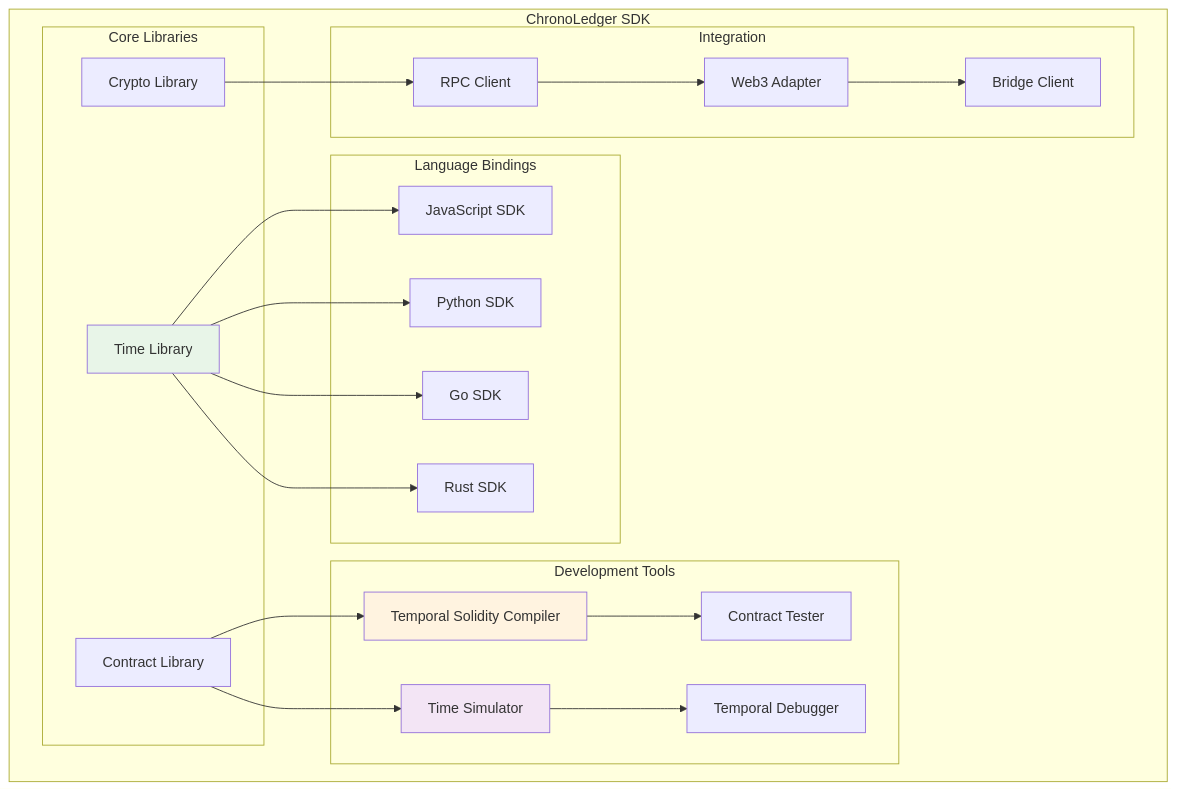
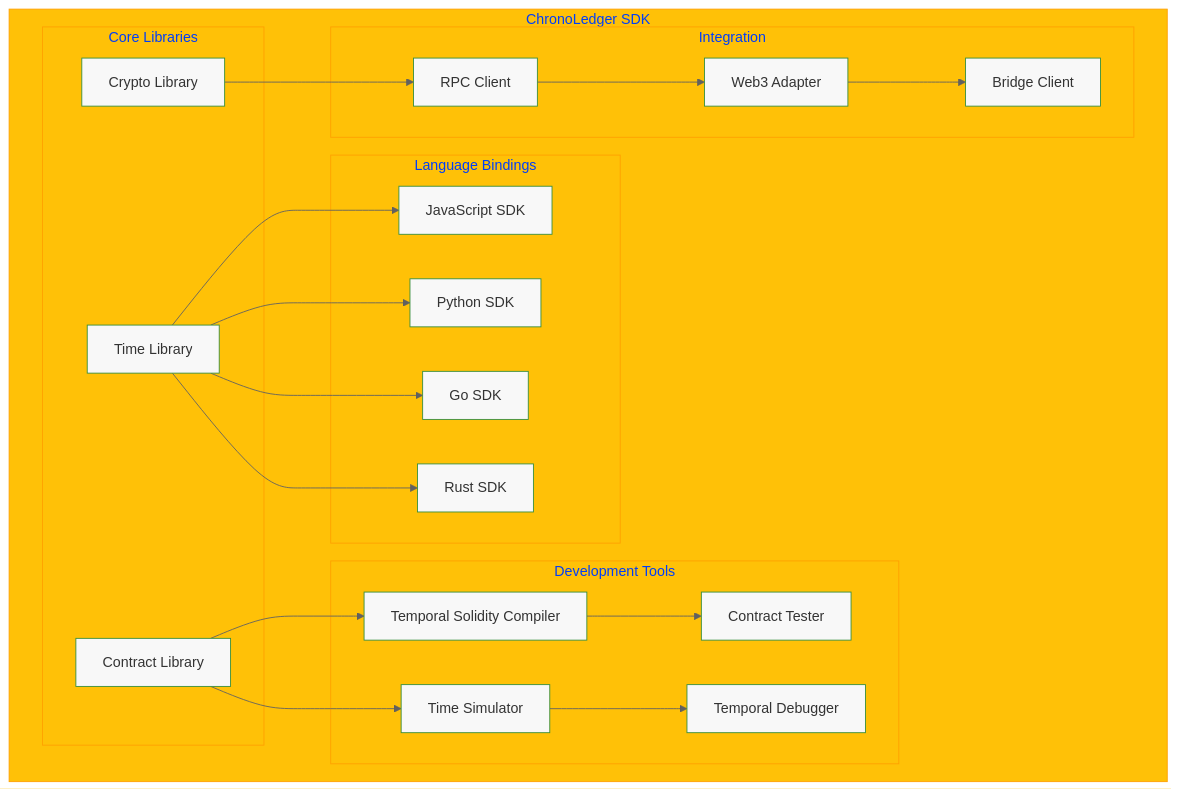
One commit to nshkrdotcom/ChronoLedger changed the ninth of 10 diagrams in docs/architecture.md. Above: the diagram before and after it, drawn with Mermaid. The commit also changed other lines of this file and 6 other files, not shown here.

````diff
--- a/docs/architecture.md
+++ b/docs/architecture.md
@@ -444,50 +503,57 @@
 ```mermaid
+%%{init: {'theme': 'base', 'themeVariables': {
+    'primaryColor': '#4CAF50',
+    'primaryBorderColor': '#388E3C',
+    'secondaryColor': '#2196F3',
+    'secondaryBorderColor': '#1976D2',
+    'tertiaryColor': '#FFC107',
+    'tertiaryBorderColor': '#FFA000',
+    'lineColor': '#616161',
+    'textColor': '#212121',
+    'mainBkg': '#F8F8F8'
+}}}%%
 graph TD
     subgraph "ChronoLedger SDK"
         subgraph "Core Libraries"
             TIME_LIB[Time Library]
             CONTRACT_LIB[Contract Library]
             CRYPTO_LIB[Crypto Library]
         end
         
         subgraph "Language Bindings"
             JS_SDK[JavaScript SDK]
             PYTHON_SDK[Python SDK]
             GO_SDK[Go SDK]
             RUST_SDK[Rust SDK]
         end
         
         subgraph "Development Tools"
             COMPILER[Temporal Solidity Compiler]
             SIMULATOR[Time Simulator]
             DEBUGGER[Temporal Debugger]
             TESTER[Contract Tester]
         end
         
         subgraph "Integration"
             RPC_CLIENT[RPC Client]
             WEB3_ADAPTER[Web3 Adapter]
             BRIDGE_CLIENT[Bridge Client]
         end
     end
     
     TIME_LIB --> JS_SDK
     TIME_LIB --> PYTHON_SDK
     TIME_LIB --> GO_SDK
     TIME_LIB --> RUST_SDK
     
     CONTRACT_LIB --> COMPILER
     CONTRACT_LIB --> SIMULATOR
     
     CRYPTO_LIB --> RPC_CLIENT
     
     COMPILER --> TESTER
     SIMULATOR --> DEBUGGER
     
     RPC_CLIENT --> WEB3_ADAPTER
     WEB3_ADAPTER --> BRIDGE_CLIENT
-    
-    style TIME_LIB fill:#e8f5e8
-    style COMPILER fill:#fff3e0
-    style SIMULATOR fill:#f3e5f5
 ```
````
